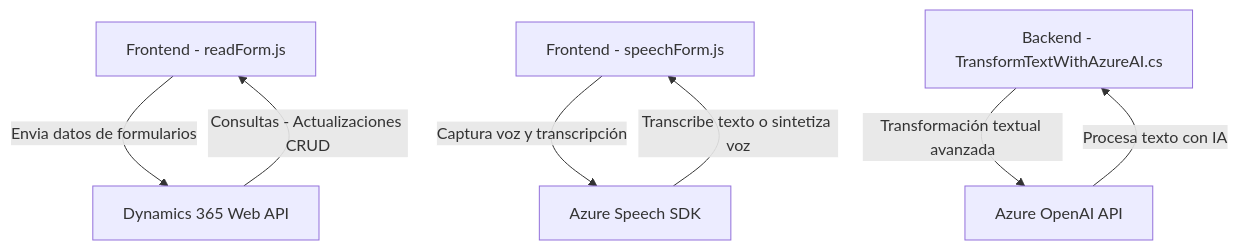
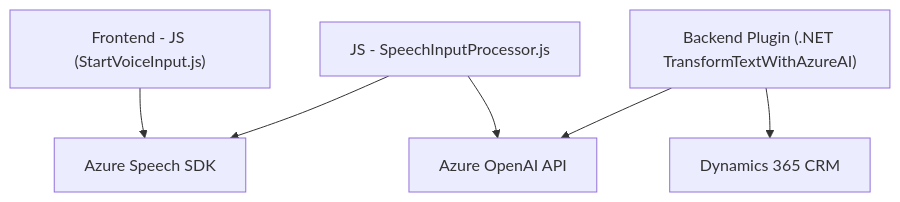
Before and after one commit to blopezdm/NETCORE_BILBAO2025: the diagram in README.md, drawn with Mermaid. The commit also changed other lines of this file, not shown here.

Commit message:
Actualizar análisis global de la solución con IA

````diff
--- a/README.md
+++ b/README.md
@@ -59,15 +34,15 @@
 ```mermaid
 graph TD
-    A["Frontend - readForm.js"]
-    B["Frontend - speechForm.js"]
-    C["Backend - TransformTextWithAzureAI.cs"]
+    A["Frontend - JS (StartVoiceInput.js)"]
+    B["JS - SpeechInputProcessor.js"]
+    C["Backend Plugin (.NET TransformTextWithAzureAI)"]
     D["Azure Speech SDK"]
     E["Azure OpenAI API"]
-    F["Dynamics 365 Web API"]
-    A -- "Envia datos de formularios" --> F
-    B -- "Captura voz y transcripción" --> D
-    D -- "Transcribe texto o sintetiza voz" --> B
-    C -- "Transformación textual avanzada" --> E
-    E -- "Procesa texto con IA" --> C
-    F -- "Consultas - Actualizaciones CRUD" --> A
+    F["Dynamics 365 CRM"]
+    
+    A --> D
+    B --> D
+    B --> E
+    C --> E
+    C --> F
 ```
````
